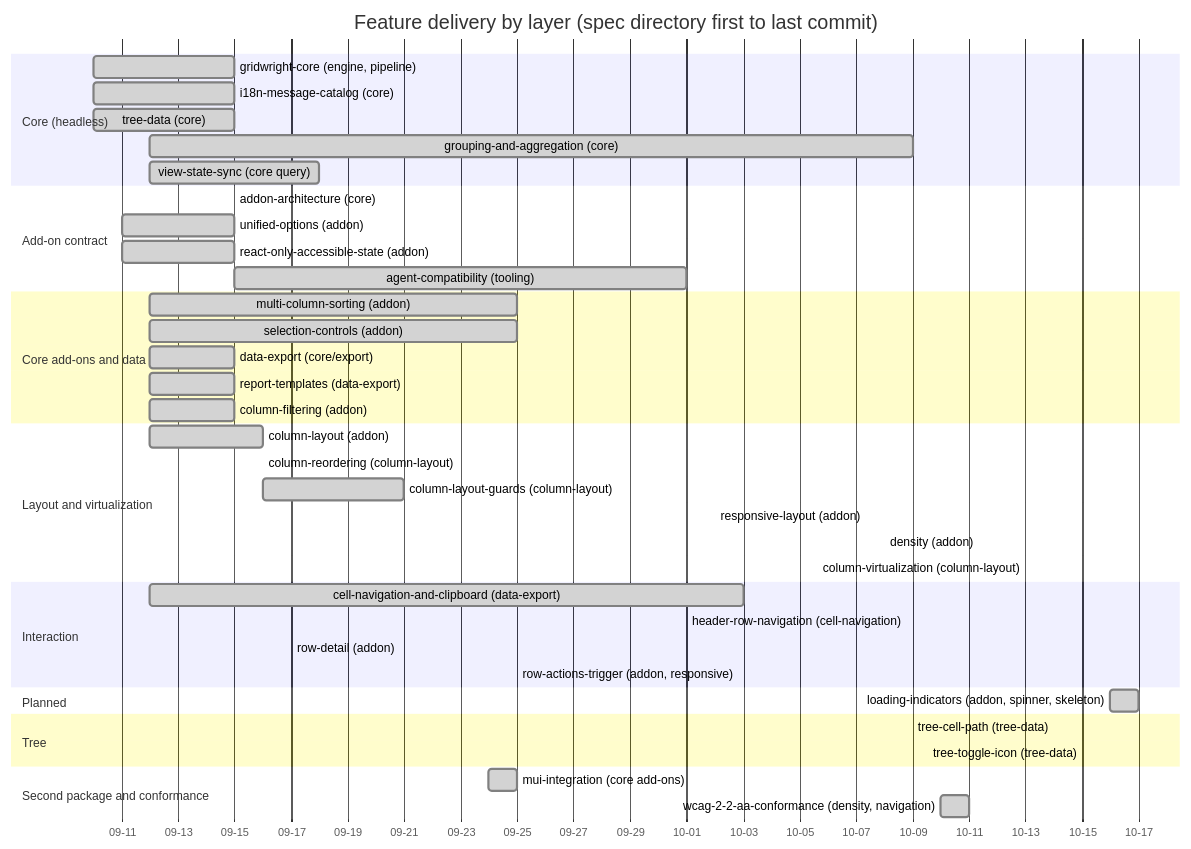
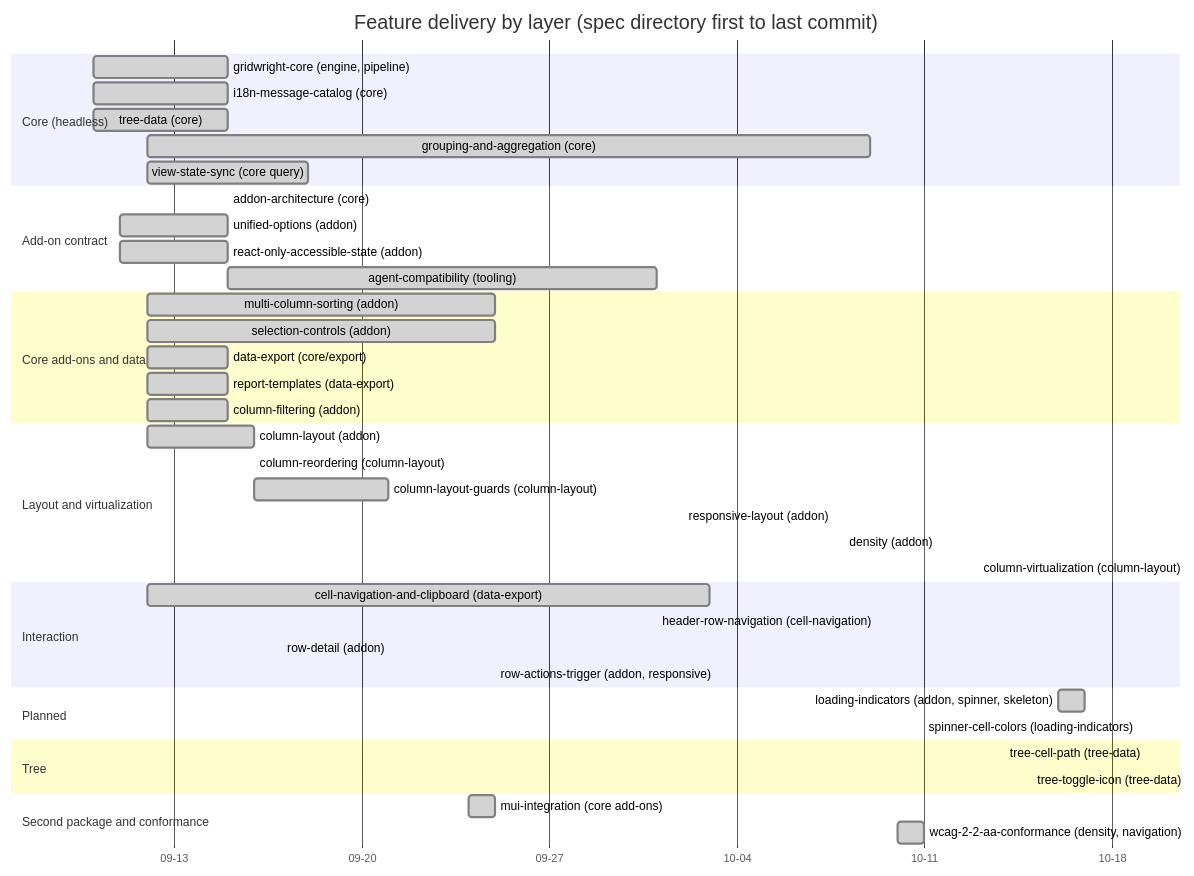
Before and after one commit to yaotzin1/apsw-gridwright: the third of 3 diagrams in specs/DEPENDENCY_MAP.md, drawn with Mermaid. The commit also changed 10 other files, not shown here.

First line of the commit message:
feat(loading): let the cell-colors spinner use three colours (#113)

````diff
--- a/specs/DEPENDENCY_MAP.md
+++ b/specs/DEPENDENCY_MAP.md
@@ -199,51 +199,52 @@
 ```mermaid
 gantt
     title Feature delivery by layer (spec directory first to last commit)
     dateFormat YYYY-MM-DD
     axisFormat %m-%d
 
     section Core (headless)
     gridwright-core (engine, pipeline)            :done, core, 2026-09-10, 2026-09-15
     i18n-message-catalog (core)                   :done, i18n, 2026-09-10, 2026-09-15
     tree-data (core)                              :done, tree, 2026-09-10, 2026-09-15
     grouping-and-aggregation (core)               :done, grp, 2026-09-12, 2026-10-09
     view-state-sync (core query)                  :done, vss, 2026-09-12, 2026-09-18
 
     section Add-on contract
     addon-architecture (core)                     :done, addon, 2026-09-15, 2026-09-15
     unified-options (addon)                       :done, uopt, 2026-09-11, 2026-09-15
     react-only-accessible-state (addon)           :done, a11y, 2026-09-11, 2026-09-15
     agent-compatibility (tooling)                 :done, agent, 2026-09-15, 2026-10-01
 
     section Core add-ons and data
     multi-column-sorting (addon)                  :done, sort, 2026-09-12, 2026-09-25
     selection-controls (addon)                    :done, sel, 2026-09-12, 2026-09-25
     data-export (core/export)                     :done, exp, 2026-09-12, 2026-09-15
     report-templates (data-export)                :done, rpt, 2026-09-12, 2026-09-15
     column-filtering (addon)                      :done, filt, 2026-09-12, 2026-09-15
 
     section Layout and virtualization
     column-layout (addon)                         :done, lay, 2026-09-12, 2026-09-16
     column-reordering (column-layout)             :done, reord, 2026-09-16, 2026-09-16
     column-layout-guards (column-layout)          :done, guard, 2026-09-16, 2026-09-21
     responsive-layout (addon)                     :done, resp, 2026-10-02, 2026-10-02
     density (addon)                               :done, dens, 2026-10-08, 2026-10-08
     column-virtualization (column-layout)         :done, cvirt, 2026-10-13, 2026-10-13
 
     section Interaction
     cell-navigation-and-clipboard (data-export)   :done, nav, 2026-09-12, 2026-10-03
     header-row-navigation (cell-navigation)       :done, hnav, 2026-10-01, 2026-10-01
     row-detail (addon)                            :done, detail, 2026-09-17, 2026-09-17
     row-actions-trigger (addon, responsive)       :done, ract, 2026-09-25, 2026-09-25
 
     section Planned
     loading-indicators (addon, spinner, skeleton)  :done, load, 2026-10-16, 2026-10-17
+    spinner-cell-colors (loading-indicators)       :done, scol, 2026-10-19, 2026-10-19
 
     section Tree
     tree-cell-path (tree-data)                    :done, tpath, 2026-10-14, 2026-10-14
     tree-toggle-icon (tree-data)                  :done, ticon, 2026-10-15, 2026-10-15
 
     section Second package and conformance
     mui-integration (core add-ons)                :done, mui, 2026-09-24, 2026-09-25
     wcag-2-2-aa-conformance (density, navigation) :done, wcag, 2026-10-10, 2026-10-11
 ```
````
